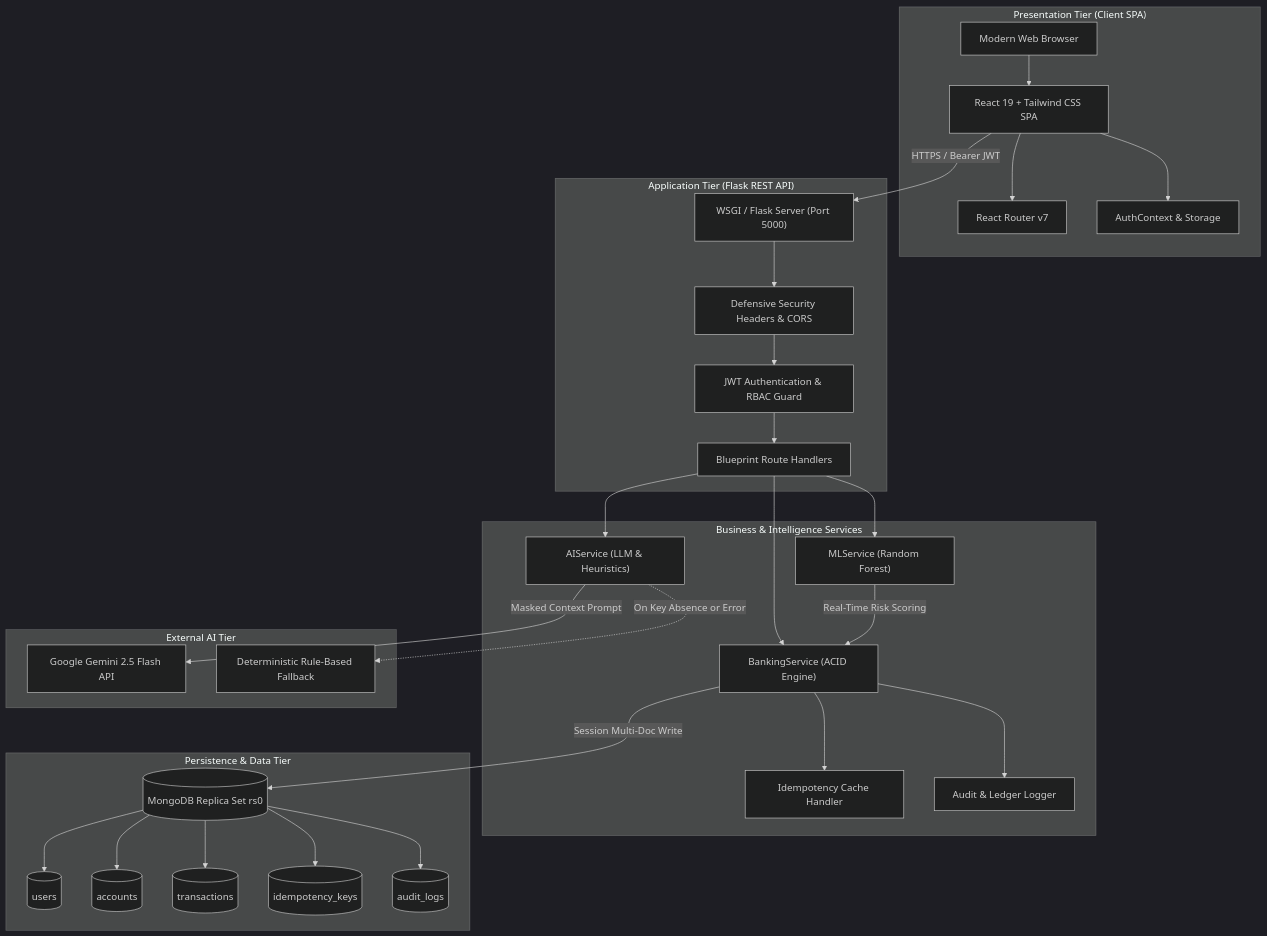
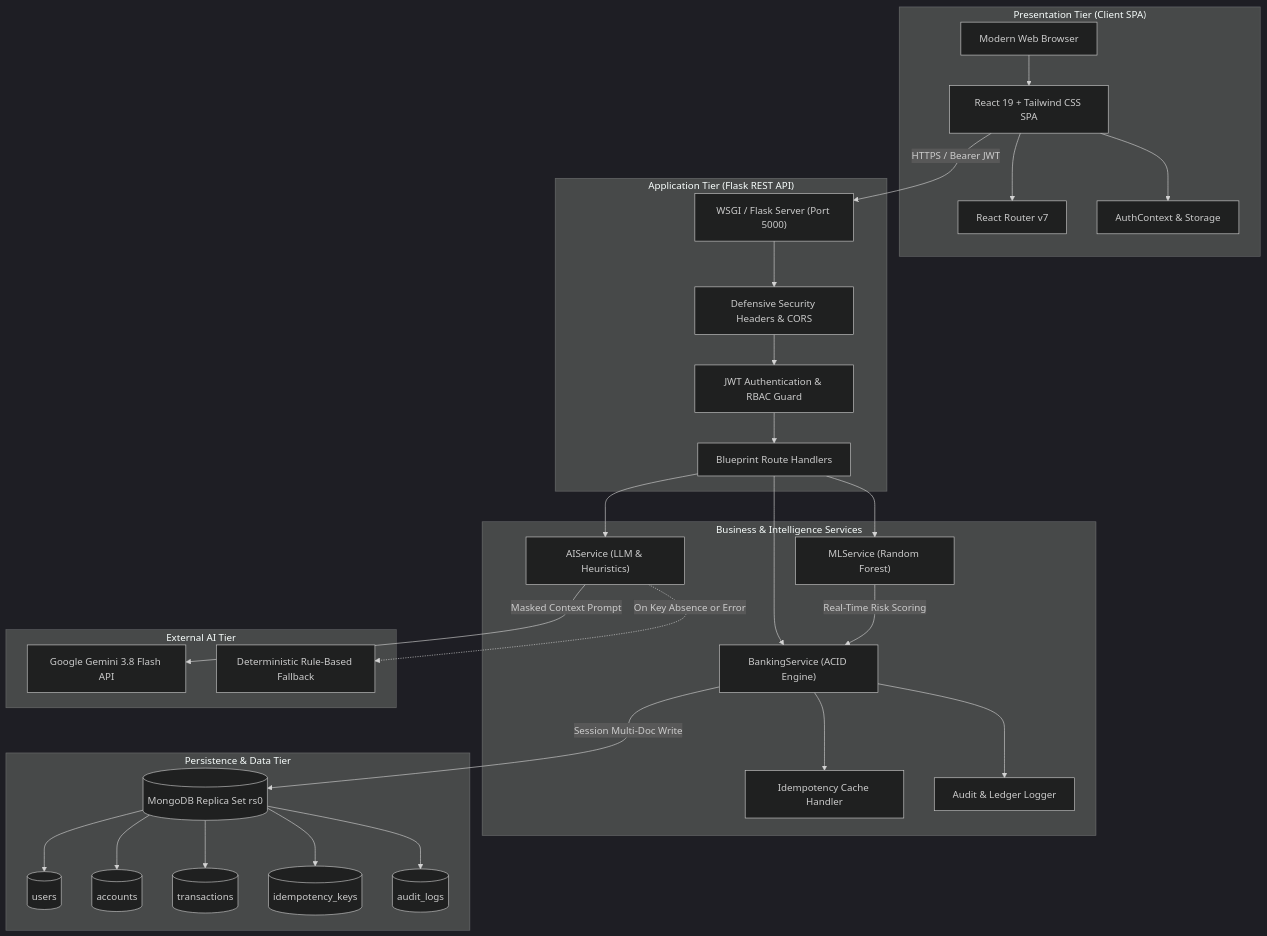
The first of 5 diagrams in docs/SYSTEM_DESIGN.md (Karpagavalli-V/Apex), drawn with Mermaid (dark theme) before and after one commit. The commit also changed other lines of this file and 5 other files, not shown here.

Commit message:
chore: upgrade to gemini-3.8-flash model

````diff
--- a/docs/SYSTEM_DESIGN.md
+++ b/docs/SYSTEM_DESIGN.md
@@ -14,64 +14,64 @@
 ```mermaid
 flowchart TB
     subgraph ClientTier["Presentation Tier (Client SPA)"]
         Browser["Modern Web Browser"]
         ReactApp["React 19 + Tailwind CSS SPA"]
         Router["React Router v7"]
         State["AuthContext & Storage"]
         Browser --> ReactApp
         ReactApp --> Router
         ReactApp --> State
     end
 
     subgraph APITier["Application Tier (Flask REST API)"]
         WSGI["WSGI / Flask Server (Port 5000)"]
         SecMiddleware["Defensive Security Headers & CORS"]
         JWTAuth["JWT Authentication & RBAC Guard"]
         RouterAPI["Blueprint Route Handlers"]
         
         WSGI --> SecMiddleware
         SecMiddleware --> JWTAuth
         JWTAuth --> RouterAPI
     end
 
     subgraph ServiceTier["Business & Intelligence Services"]
         BankSvc["BankingService (ACID Engine)"]
         MLSvc["MLService (Random Forest)"]
         AISvc["AIService (LLM & Heuristics)"]
         IdemCache["Idempotency Cache Handler"]
         AuditLog["Audit & Ledger Logger"]
     end
 
     subgraph PersistenceTier["Persistence & Data Tier"]
         MongoCluster[("MongoDB Replica Set rs0")]
         UsersColl[("users")]
         AccountsColl[("accounts")]
         TxColl[("transactions")]
         IdemColl[("idempotency_keys")]
         AuditColl[("audit_logs")]
     end
 
     subgraph ExternalIntelligence["External AI Tier"]
-        GeminiAPI["Google Gemini 2.5 Flash API"]
+        GeminiAPI["Google Gemini 3.8 Flash API"]
         RuleFallback["Deterministic Rule-Based Fallback"]
     end
 
     ReactApp -->|HTTPS / Bearer JWT| WSGI
     RouterAPI --> BankSvc
     RouterAPI --> MLSvc
     RouterAPI --> AISvc
 
     BankSvc --> IdemCache
     BankSvc --> AuditLog
     BankSvc -->|Session Multi-Doc Write| MongoCluster
     MLSvc -->|Real-Time Risk Scoring| BankSvc
 
     AISvc -->|Masked Context Prompt| GeminiAPI
     AISvc -.->|On Key Absence or Error| RuleFallback
 
     MongoCluster --> UsersColl
     MongoCluster --> AccountsColl
     MongoCluster --> TxColl
     MongoCluster --> IdemColl
     MongoCluster --> AuditColl
 ```
````
